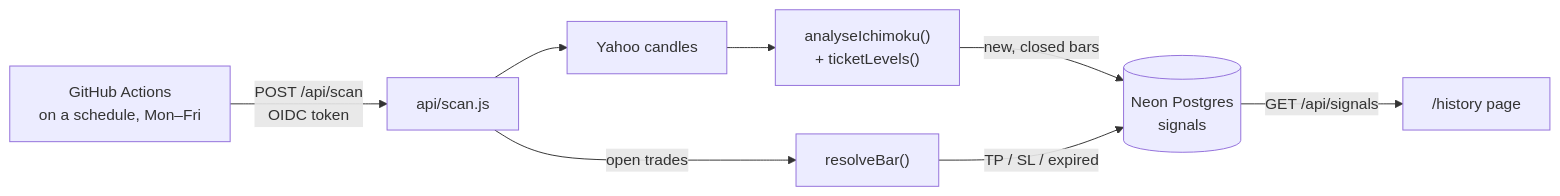
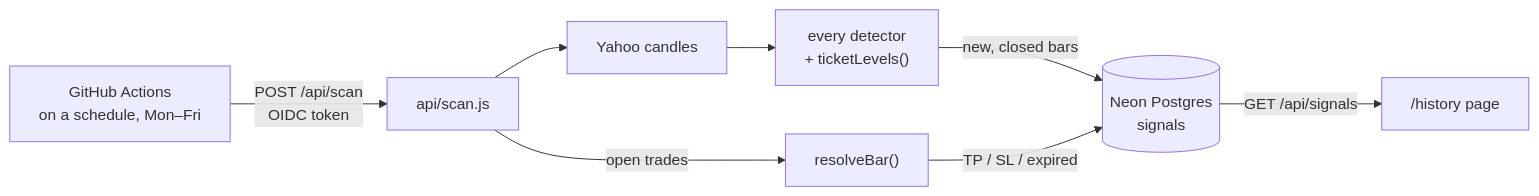
The eighth of 8 diagrams in README.md (davide963-ux/ichialgo-ve-rea), drawn with Mermaid before and after one commit. The commit also changed other lines of this file and 46 other files, not shown here.

````diff
--- a/README.md
+++ b/README.md
@@ -646,10 +753,10 @@
 ```mermaid
 flowchart LR
     A["GitHub Actions<br/>on a schedule, Mon–Fri"] -->|"POST /api/scan<br/>OIDC token"| B["api/scan.js"]
     B --> C["Yahoo candles"]
-    C --> D["analyseIchimoku()<br/>+ ticketLevels()"]
+    C --> D["every detector<br/>+ ticketLevels()"]
     D -->|"new, closed bars"| E[("Neon Postgres<br/>signals")]
     B -->|"open trades"| F["resolveBar()"]
     F -->|"TP / SL / expired"| E
     E -->|"GET /api/signals"| G["/history page"]
 ```
````
